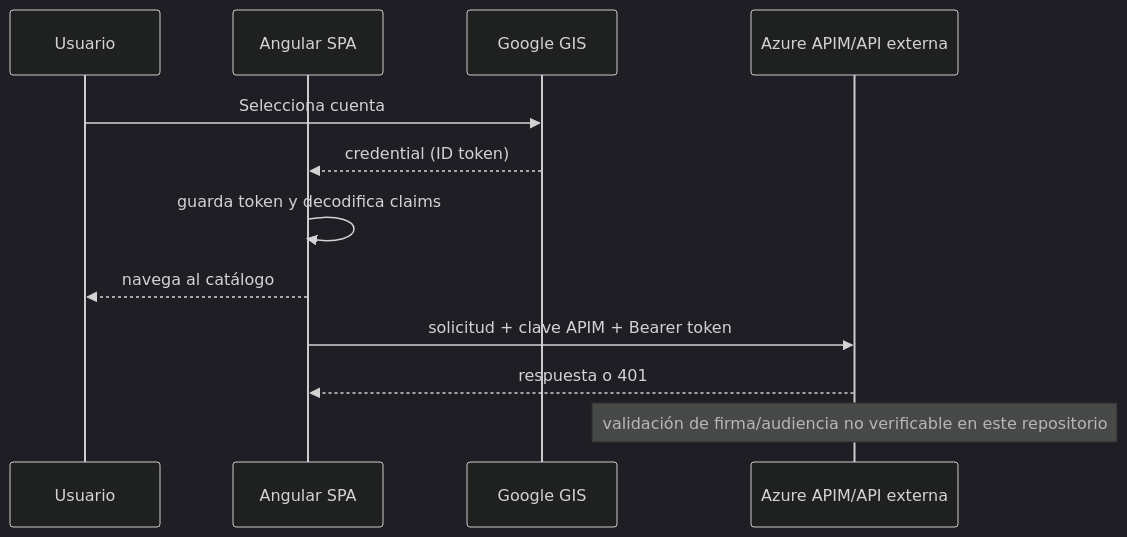
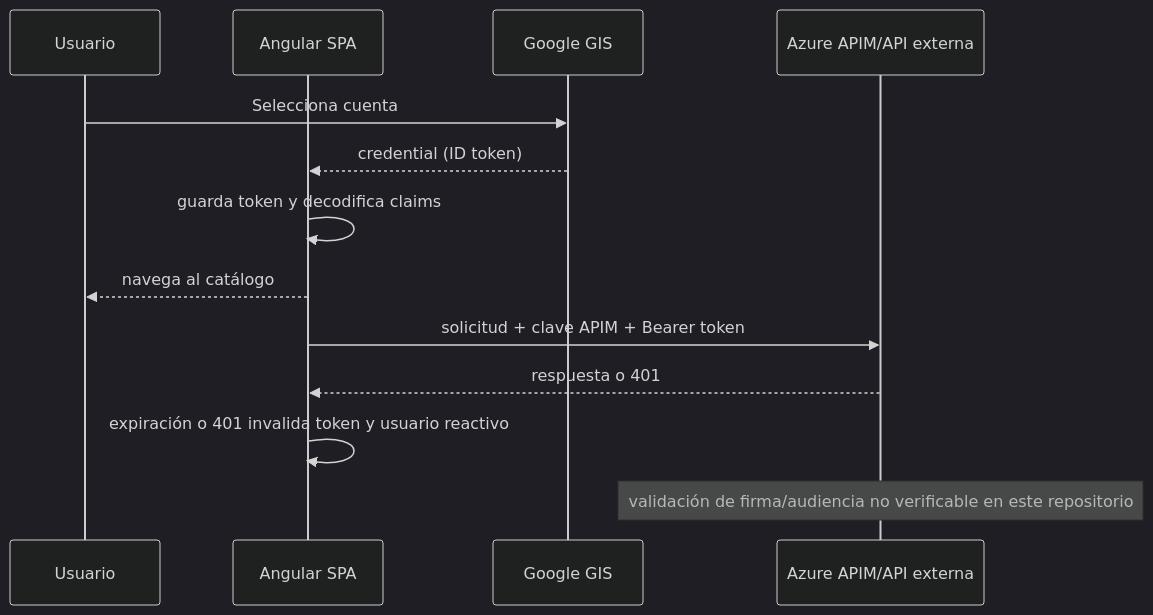
One commit to a-calderon-org/market_tec changed the diagram in context/integration/DATA_FLOW.md. Above: the diagram before and after it, drawn with Mermaid (dark theme). The commit also changed other lines of this file and 11 other files, not shown here.

````diff
--- a/context/integration/DATA_FLOW.md
+++ b/context/integration/DATA_FLOW.md
@@ -5,14 +5,15 @@
 ```mermaid
 sequenceDiagram
   participant U as Usuario
   participant SPA as Angular SPA
   participant G as Google GIS
   participant API as Azure APIM/API externa
   U->>G: Selecciona cuenta
   G-->>SPA: credential (ID token)
   SPA->>SPA: guarda token y decodifica claims
   SPA-->>U: navega al catálogo
   SPA->>API: solicitud + clave APIM + Bearer token
   API-->>SPA: respuesta o 401
+  SPA->>SPA: expiración o 401 invalida token y usuario reactivo
   Note over API: validación de firma/audiencia no verificable en este repositorio
 ```
````
